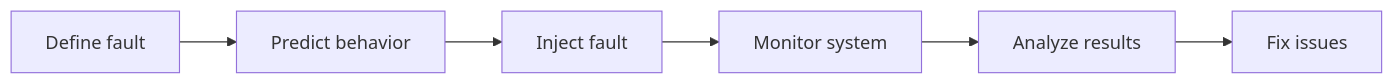
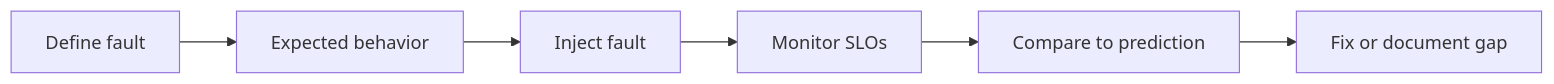
Before and after one commit to hareramcse/SystemDesign: diagram 21 of 21 in 12-reliability-engineering/README.md, drawn with Mermaid. The commit also changed other lines of this file, not shown here.

````diff
--- a/12-reliability-engineering/README.md
+++ b/12-reliability-engineering/README.md
@@ -1412,8 +1220,8 @@
 ```mermaid
 flowchart LR
-    Define[Define fault] --> Predict[Predict behavior]
+    Define[Define fault] --> Predict[Expected behavior]
     Predict --> Inject[Inject fault]
-    Inject --> Monitor[Monitor system]
-    Monitor --> Analyze[Analyze results]
-    Analyze --> Fix[Fix issues]
+    Inject --> Monitor[Monitor SLOs]
+    Monitor --> Analyze[Compare to prediction]
+    Analyze --> Fix[Fix or document gap]
 ```
````
